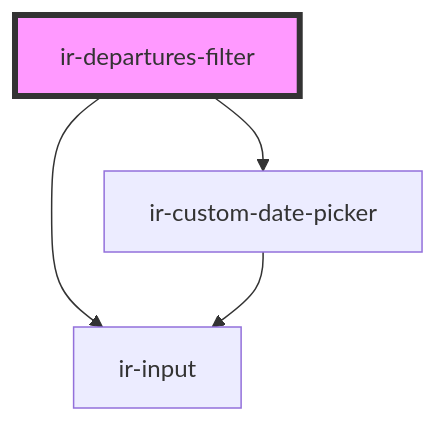
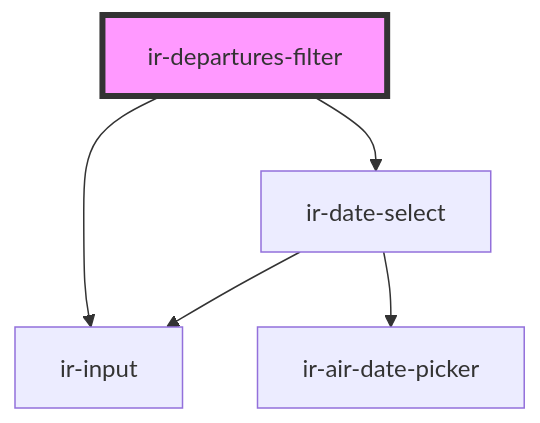
Before and after one commit to RonyRizk/ir-webcmp: the diagram in src/components/ir-departures/ir-departures-filter/readme.md, drawn with Mermaid. The commit also changed other lines of this file and 586 other files, not shown here.

````diff
--- a/src/components/ir-departures/ir-departures-filter/readme.md
+++ b/src/components/ir-departures/ir-departures-filter/readme.md
@@ -16,7 +16,8 @@
 ```mermaid
 graph TD;
-  ir-departures-filter --> ir-custom-date-picker
+  ir-departures-filter --> ir-date-select
   ir-departures-filter --> ir-input
-  ir-custom-date-picker --> ir-input
+  ir-date-select --> ir-input
+  ir-date-select --> ir-air-date-picker
   style ir-departures-filter fill:#f9f,stroke:#333,stroke-width:4px
 ```
````
